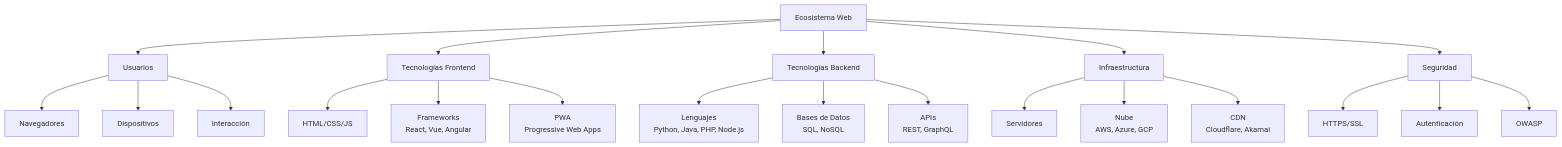
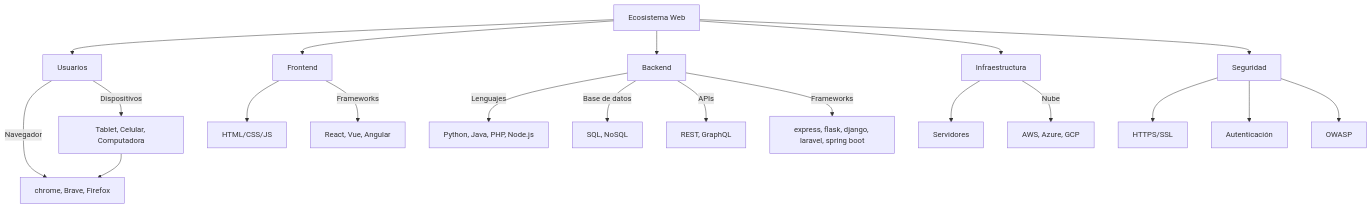
The diagram in mapa.md (ivangnzlz7/Programacion-web-2), drawn with Mermaid before and after one commit.

````diff
--- a/mapa.md
+++ b/mapa.md
@@ -1,30 +1,29 @@
 ```mermaid
    
 graph TD
     A[Ecosistema Web] --> B[Usuarios]
-    A --> C[Tecnologías Frontend]
-    A --> D[Tecnologías Backend]
+    A --> C[Frontend]
+    A --> D[Backend]
     A --> E[Infraestructura]
     A --> F[Seguridad]
 
-    B --> B1[Navegadores]
-    B --> B2[Dispositivos]
-    B --> B3[Interacción]
+    B --Navegador--> B1[chrome, Brave, Firefox]
+    B --Dispositivos--> B2[Tablet, Celular, Computadora]
+    B2 --> B1
 
     C --> C1[HTML/CSS/JS]
-    C --> C2[Frameworks<br/>React, Vue, Angular]
-    C --> C3[PWA<br/>Progressive Web Apps]
+    C --Frameworks--> C2[React, Vue, Angular]
 
-    D --> D1[Lenguajes<br/>Python, Java, PHP, Node.js]
-    D --> D2[Bases de Datos<br/>SQL, NoSQL]
-    D --> D3[APIs<br/>REST, GraphQL]
+    D --Lenguajes--> D1[Python, Java, PHP, Node.js]
+    D --Base de datos--> D2[SQL, NoSQL]
+    D --APIs--> D3[REST, GraphQL]
+    D --Frameworks--> D4[express, flask, django, laravel, spring boot]
 
     E --> E1[Servidores]
-    E --> E2[Nube<br/>AWS, Azure, GCP]
-    E --> E3[CDN<br/>Cloudflare, Akamai]
+    E --Nube--> E2[AWS, Azure, GCP]
 
     F --> F1[HTTPS/SSL]
     F --> F2[Autenticación]
     F --> F3[OWASP]
     
 ```
````
